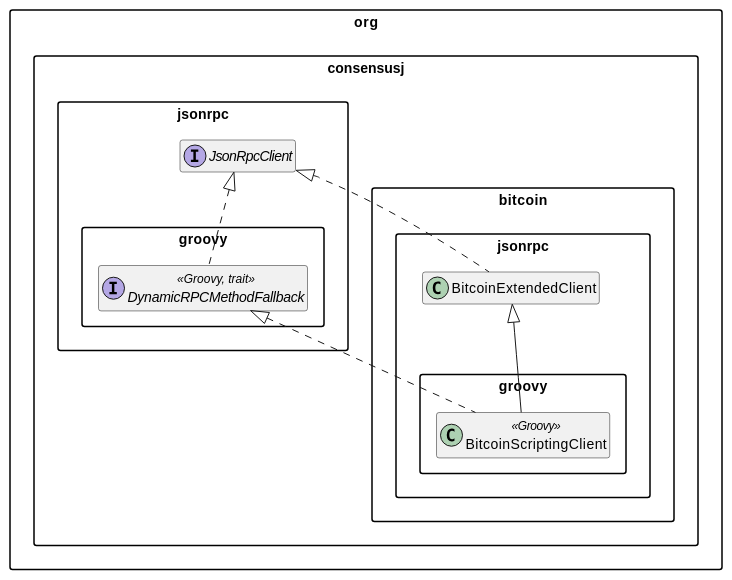
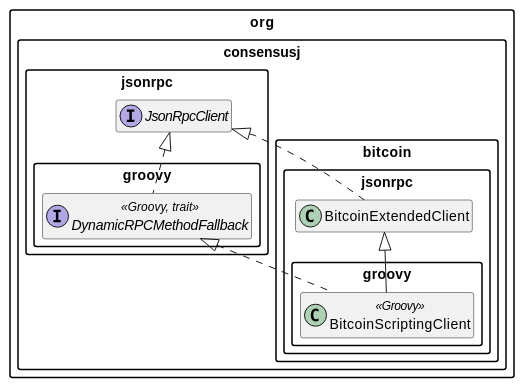
Before and after one commit to ConsensusJ/consensusj: the third of 3 diagrams in doc/rpc-client-inheritance.adoc, drawn with PlantUML. The commit also changed other lines of this file, not shown here.

First line of the commit message:
rpc-client-inheritance.adoc: use smetana renderer

```diff
--- a/doc/rpc-client-inheritance.adoc
+++ b/doc/rpc-client-inheritance.adoc
@@ -84,32 +86,33 @@
 [plantuml, format="svg", id="class-diagram-groovy-bitcoin"]
 ....
+!pragma layout smetana
 skinparam packageStyle Rect
 skinparam shadowing false
 hide empty members
 
 namespace org.consensusj.jsonrpc {
     interface JsonRpcClient
 }
 
 namespace org.consensusj.jsonrpc.groovy {
   interface DynamicRPCMethodFallback << Groovy, trait >>
 
   org.consensusj.jsonrpc.JsonRpcClient <|.. DynamicRPCMethodFallback
 }
 
 namespace org.consensusj.bitcoin.jsonrpc {
     class BitcoinExtendedClient
 
     org.consensusj.jsonrpc.JsonRpcClient <|.. BitcoinExtendedClient
 }
 
 namespace org.consensusj.bitcoin.jsonrpc.groovy {
 
     class BitcoinScriptingClient << Groovy >>
 
 
     org.consensusj.jsonrpc.groovy.DynamicRPCMethodFallback <|.. BitcoinScriptingClient
     org.consensusj.bitcoin.jsonrpc.BitcoinExtendedClient <|-- BitcoinScriptingClient
 }
 
 ....
```
